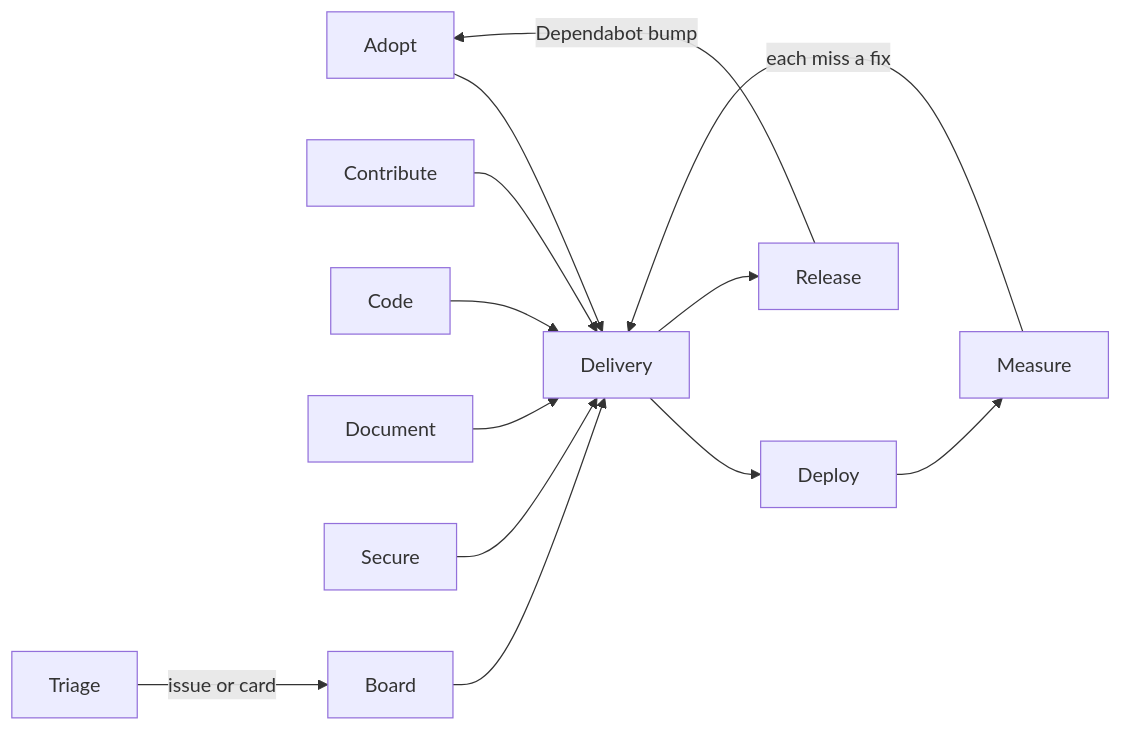
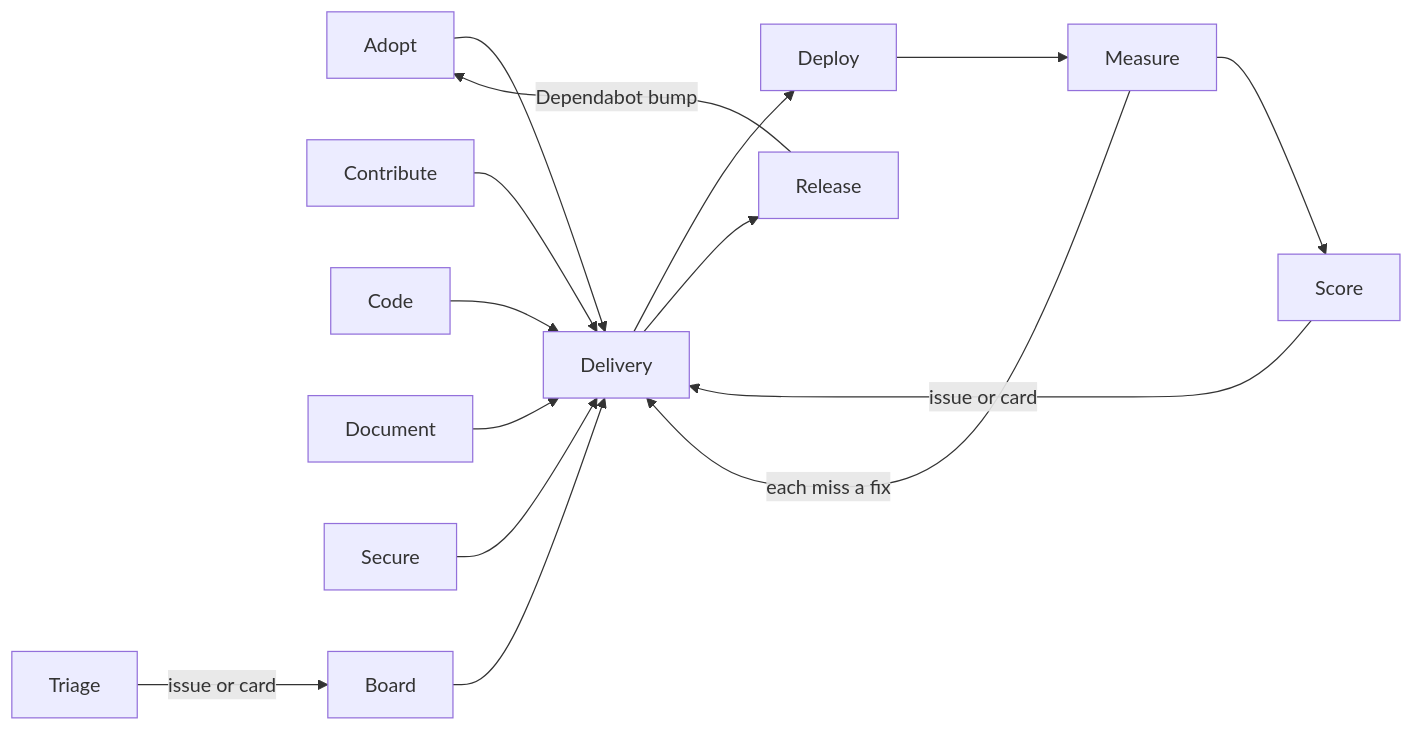
Before and after one commit to SoulCraft-Org/git-crafter: the diagram in README.md, drawn with Mermaid. The commit also changed other lines of this file and 5 other files, not shown here.

First line of the commit message:
Library map Score: from a live reading to a card or issue per miss (#292)

````diff
--- a/README.md
+++ b/README.md
@@ -38,11 +38,12 @@
 ```mermaid
 flowchart LR
   AD[Adopt] --> DL[Delivery] --> DP[Deploy] --> ME[Measure]
   DL --> RE[Release] -->|Dependabot bump| AD
+  ME --> SC[Score] -->|issue or card| DL
   CT[Contribute] --> DL
   CO[Code] --> DL
   DO[Document] --> DL
   SE[Secure] --> DL
   TR[Triage] -->|issue or card| BO[Board] --> DL
   ME -->|each miss a fix| DL
 ```
````
